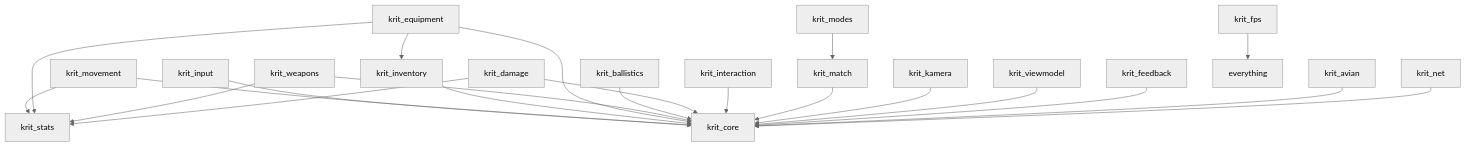
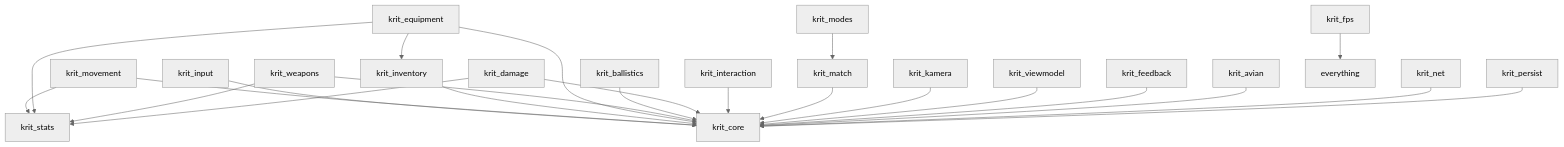
One commit to ekwoka/Krit-FPS changed the diagram in docs/architecture.md. Above: the diagram before and after it, drawn with Mermaid (neutral theme). The commit also changed other lines of this file and 9 other files, not shown here.

````diff
--- a/docs/architecture.md
+++ b/docs/architecture.md
@@ -72,26 +80,27 @@
 ```mermaid
 graph TD
     core[krit_core]
     stats[krit_stats]
     input[krit_input] --> core
     movement[krit_movement] --> core
     movement --> stats
     inventory[krit_inventory] --> core
     equipment[krit_equipment] --> core
     equipment --> inventory
     equipment --> stats
     weapons[krit_weapons] --> core
     weapons --> stats
     ballistics[krit_ballistics] --> core
     damage[krit_damage] --> core
     damage --> stats
     interaction[krit_interaction] --> core
     match[krit_match] --> core
     modes[krit_modes] --> match
     kamera[krit_kamera] --> core
     viewmodel[krit_viewmodel] --> core
     feedback[krit_feedback] --> core
     avian[krit_avian] --> core
     net[krit_net] --> core
+    persist[krit_persist] --> core
     facade[krit_fps] --> everything
 ```
````
